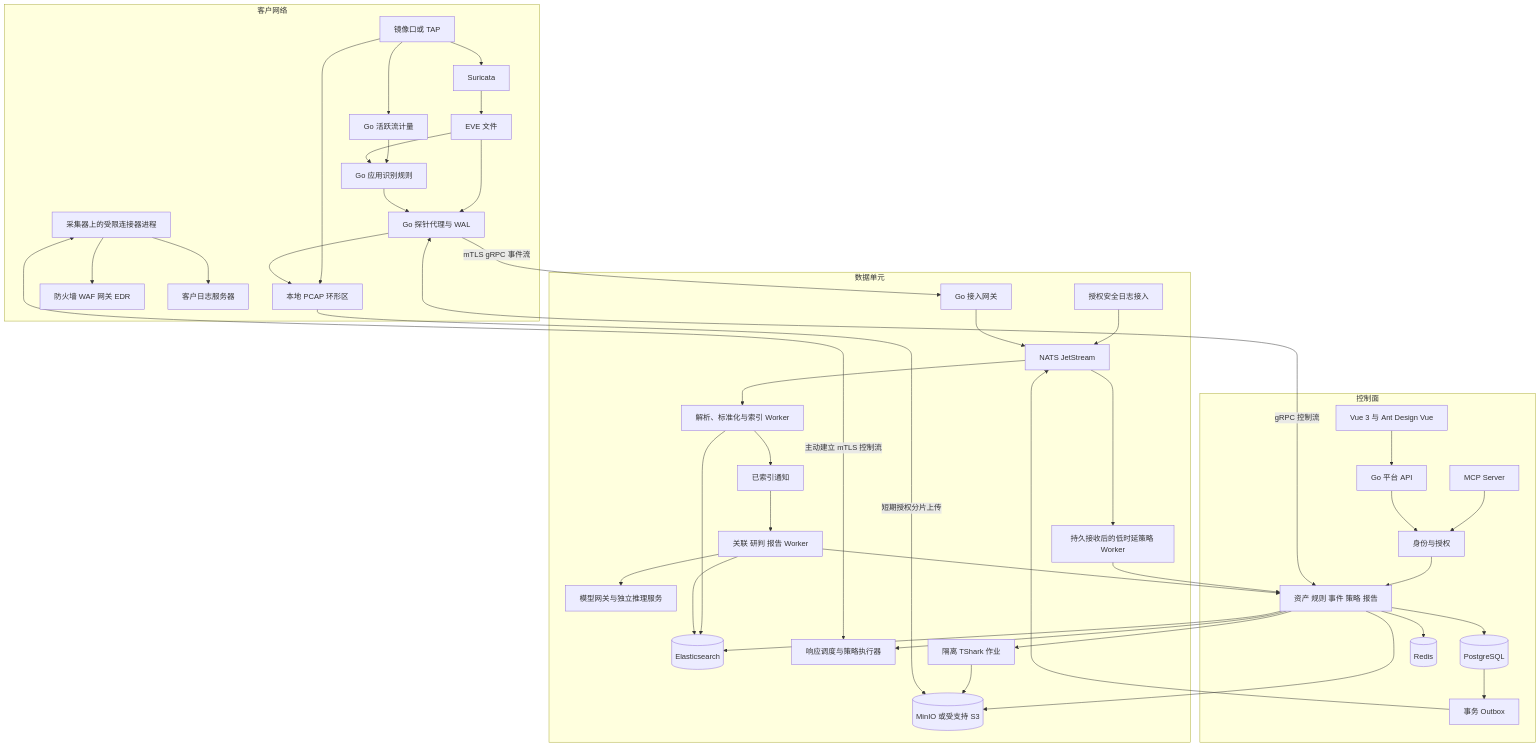
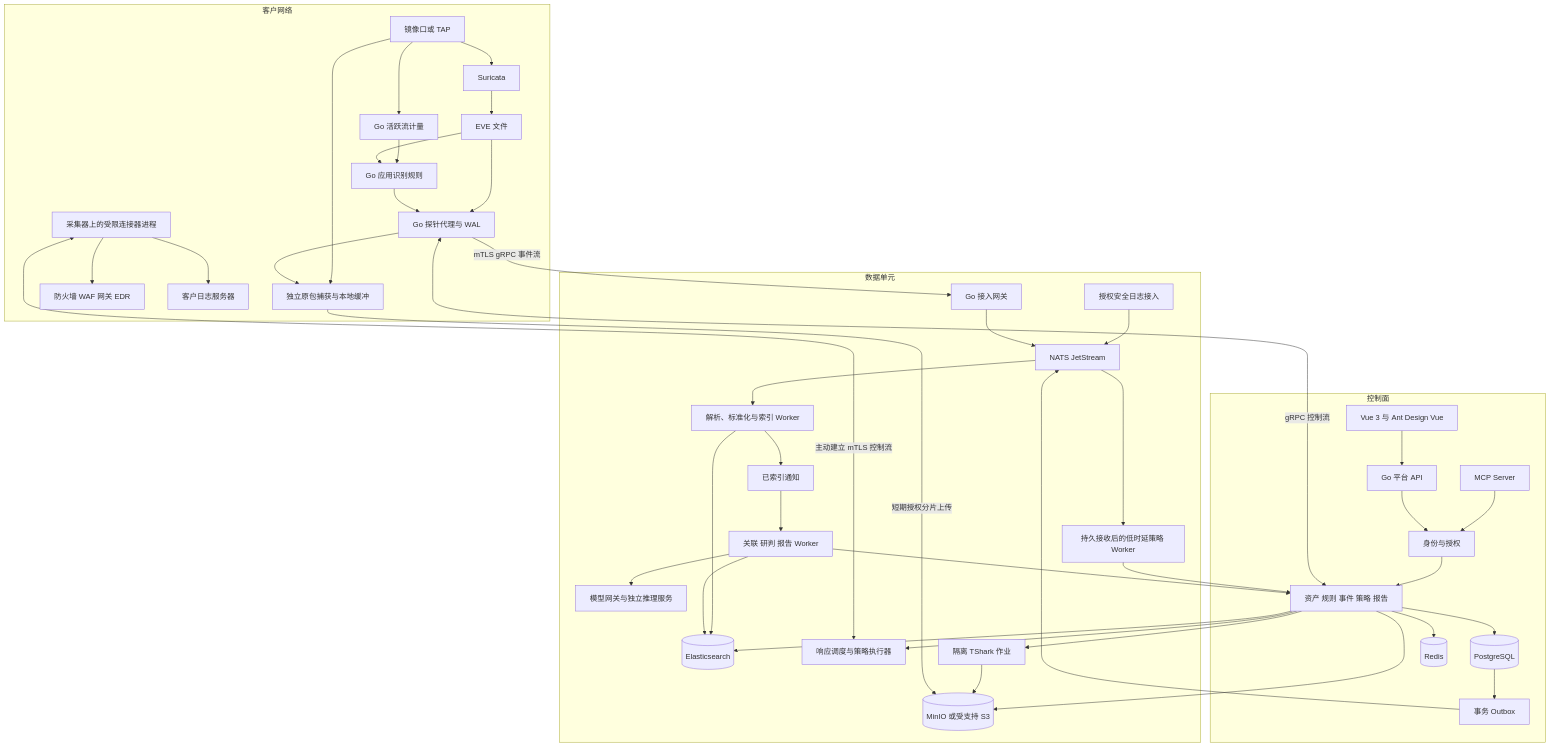
The first of 2 diagrams in docs/架构设计.md (kkx600/StarBeacon), drawn with Mermaid before and after one commit. The commit also changed other lines of this file and 19 other files, not shown here.

````diff
--- a/docs/架构设计.md
+++ b/docs/架构设计.md
@@ -36,52 +36,52 @@
 ```mermaid
 flowchart TB
   subgraph EDGE[客户网络]
     TAP[镜像口或 TAP] --> SUR[Suricata]
     SUR --> EVE[EVE 文件]
     EVE --> AG[Go 探针代理与 WAL]
     TAP --> FM[Go 活跃流计量]
     FM --> APPID[Go 应用识别规则]
     EVE --> APPID
     APPID --> AG
-    TAP --> CAP[本地 PCAP 环形区]
+    TAP --> CAP[独立原包捕获与本地缓冲]
     AG --> CAP
     RUN[采集器上的受限连接器进程]
     DEV[防火墙 WAF 网关 EDR]
     RUN --> DEV
     RUN --> LOG[客户日志服务器]
   end
   subgraph CONTROL[控制面]
     UI[Vue 3 与 Ant Design Vue] --> API[Go 平台 API]
     MCP[MCP Server] --> AUTH[身份与授权]
     API --> AUTH
     AUTH --> APP[资产 规则 事件 策略 报告]
     APP --> PG[(PostgreSQL)]
     APP --> CACHE[(Redis)]
     PG --> OUT[事务 Outbox]
   end
   subgraph DATA[数据单元]
     LI[授权安全日志接入] --> JS
     IG[Go 接入网关] --> JS[NATS JetStream]
     JS --> IDX[解析、标准化与索引 Worker]
     JS --> FAST[持久接收后的低时延策略 Worker]
     FAST --> APP
     IDX --> ES[(Elasticsearch)]
     IDX --> READY[已索引通知]
     READY --> AW[关联 研判 报告 Worker]
     AW --> ES
     AW --> MODEL[模型网关与独立推理服务]
     EXEC[响应调度与策略执行器]
     OBJ[(MinIO 或受支持 S3)]
     PK[隔离 TShark 作业] --> OBJ
   end
   AG -->|mTLS gRPC 事件流| IG
   AG <-->|gRPC 控制流| APP
   RUN <-->|主动建立 mTLS 控制流| EXEC
   CAP -->|短期授权分片上传| OBJ
   APP --> ES
   APP --> OBJ
   APP --> PK
   APP --> EXEC
   OUT --> JS
   AW --> APP
 ```
````
